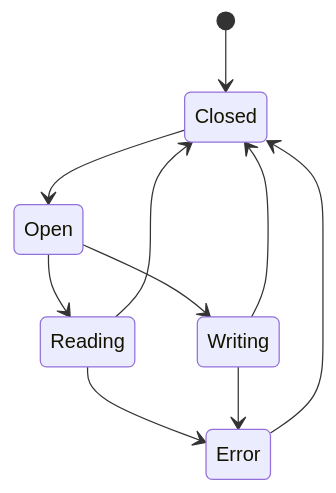
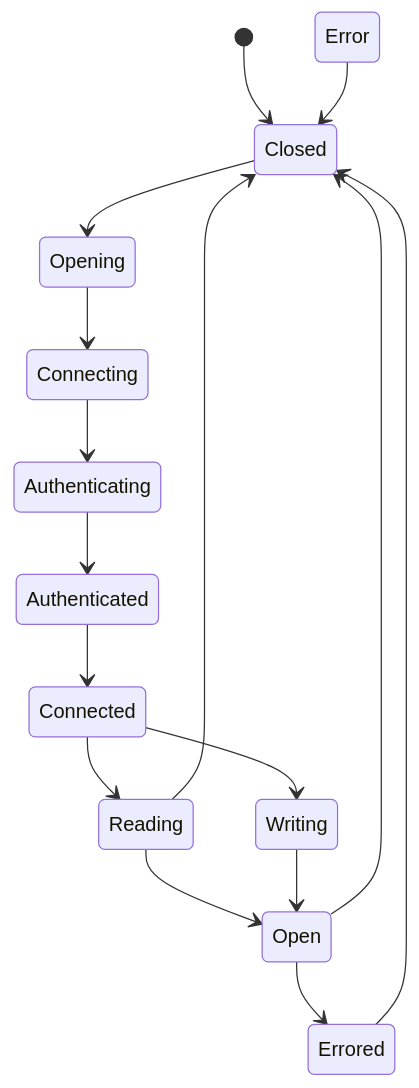
One commit to pokt-network/pocket changed the diagram in p2p/docs/diagrams/state.mermaid. Above: the diagram before and after it, drawn with Mermaid. The commit also changed 3 other files, not shown here.

```diff
--- a/p2p/docs/diagrams/state.mermaid
+++ b/p2p/docs/diagrams/state.mermaid
@@ -1,10 +1,16 @@
 stateDiagram-v2
     [*] --> Closed
-    Closed --> Open
-    Open --> Reading
-    Open --> Writing
+    Closed --> Opening
+    Opening --> Connecting
+    Connecting --> Authenticating
+    Authenticating --> Authenticated
+    Authenticated --> Connected
+    Connected --> Reading
+    Connected --> Writing
+    Reading --> Open
+    Writing --> Open
+    Open --> Closed
     Reading --> Closed
-    Reading --> Error
     Error --> Closed
-    Writing --> Closed
-    Writing --> Error
+    Open --> Errored
+    Errored --> Closed
```
